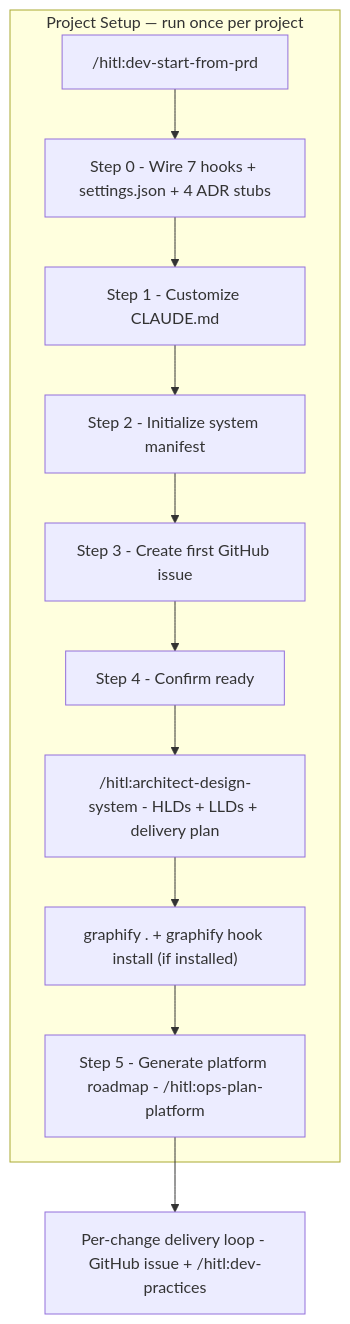
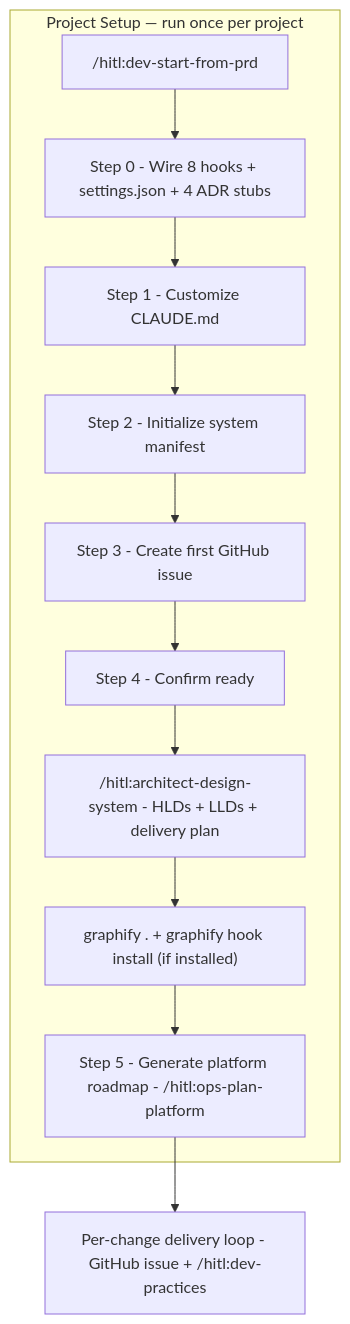
One commit to Prasad-Apparaju/hitl-dev-platform changed the first of 3 diagrams in docs/workflow-prd.md. Above: the diagram before and after it, drawn with Mermaid. The commit also changed 5 other files, not shown here.

First line of the commit message:
docs: fix hook and ADR counts (8 hooks wired, 8 baseline ADRs copied)

````diff
--- a/docs/workflow-prd.md
+++ b/docs/workflow-prd.md
@@ -11,19 +11,19 @@
 ```mermaid
 graph TB
   subgraph SETUP["Project Setup — run once per project"]
     entry["/hitl:dev-start-from-prd"]
-    s0["Step 0 - Wire 7 hooks + settings.json + 4 ADR stubs"]
+    s0["Step 0 - Wire 8 hooks + settings.json + 4 ADR stubs"]
     s1["Step 1 - Customize CLAUDE.md"]
     s2["Step 2 - Initialize system manifest"]
     s3["Step 3 - Create first GitHub issue"]
     s4["Step 4 - Confirm ready"]
     design["/hitl:architect-design-system - HLDs + LLDs + delivery plan"]
     graphify["graphify . + graphify hook install (if installed)"]
     s5["Step 5 - Generate platform roadmap - /hitl:ops-plan-platform"]
     entry --> s0 --> s1 --> s2 --> s3 --> s4 --> design --> graphify --> s5
   end
 
   loop["Per-change delivery loop - GitHub issue + /hitl:dev-practices"]
 
   s5 --> loop
 ```
````
